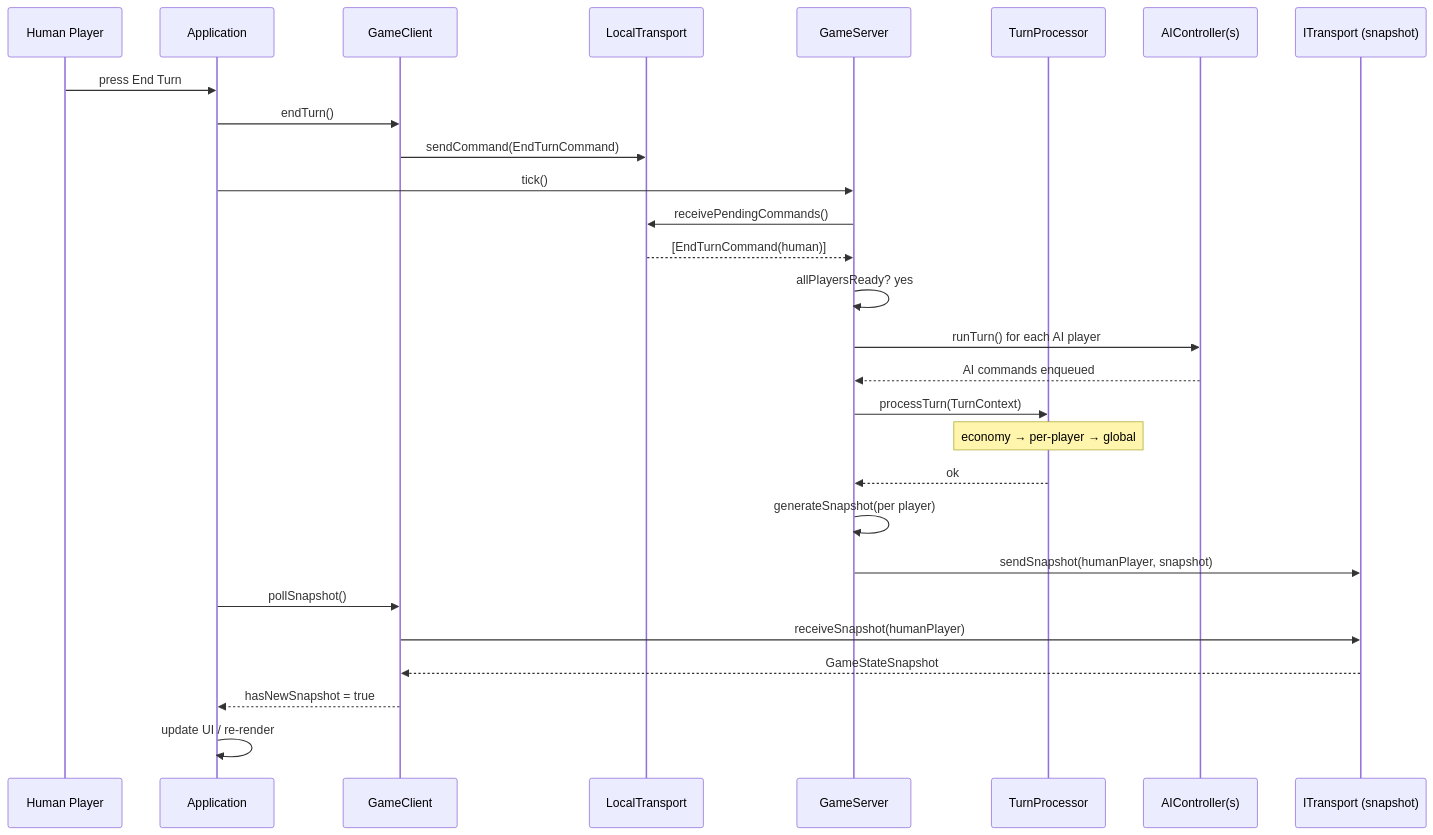
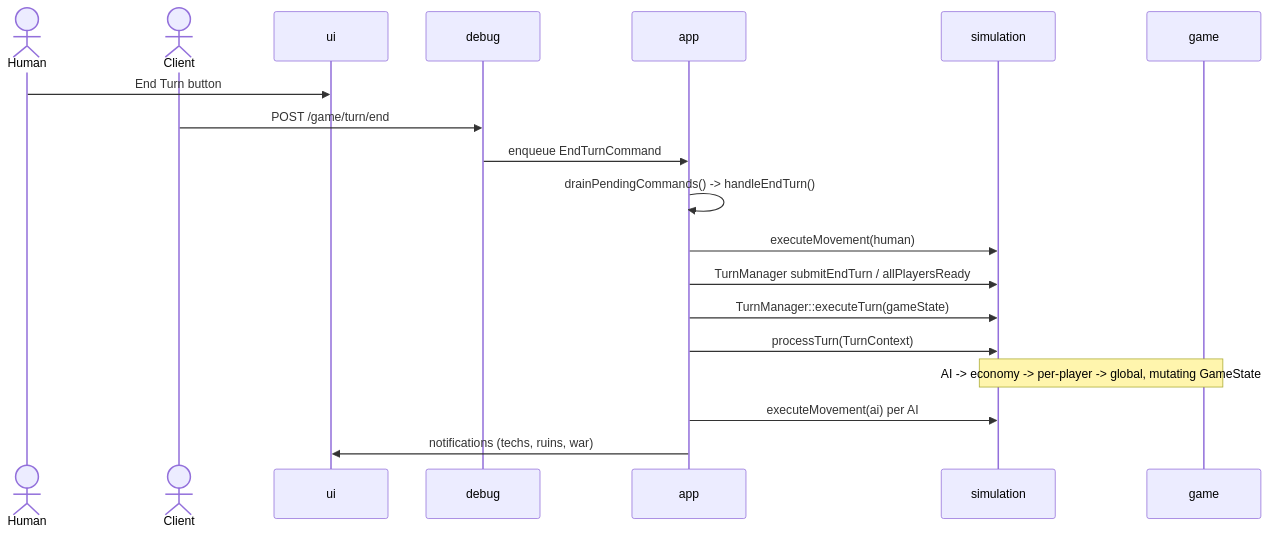
The second of 5 diagrams in docs/architecture/interactions.md (NiklasDietz/age_of_civ), drawn with Mermaid before and after one commit. The commit also changed other lines of this file and 20 other files, not shown here.

First line of the commit message:
docs: refresh the architecture tree to 90fb00e

````diff
--- a/docs/architecture/interactions.md
+++ b/docs/architecture/interactions.md
@@ -48,31 +70,22 @@
 ```mermaid
 sequenceDiagram
-  participant human as Human Player
-  participant app as Application
-  participant cli as GameClient
-  participant tr as LocalTransport
-  participant srv as GameServer
-  participant sim as TurnProcessor
-  participant ai as AIController(s)
-  participant net as ITransport (snapshot)
+  actor Human
+  actor Client
+  participant ui
+  participant debug
+  participant app
+  participant simulation
+  participant game
 
-  human->>app: press End Turn
-  app->>cli: endTurn()
-  cli->>tr: sendCommand(EndTurnCommand)
-  app->>srv: tick()
-  srv->>tr: receivePendingCommands()
-  tr-->>srv: [EndTurnCommand(human)]
-  srv->>srv: allPlayersReady? yes
-  srv->>ai: runTurn() for each AI player
-  ai-->>srv: AI commands enqueued
-  srv->>sim: processTurn(TurnContext)
-  Note over sim: economy → per-player → global
-  sim-->>srv: ok
-  srv->>srv: generateSnapshot(per player)
-  srv->>net: sendSnapshot(humanPlayer, snapshot)
-  app->>cli: pollSnapshot()
-  cli->>net: receiveSnapshot(humanPlayer)
-  net-->>cli: GameStateSnapshot
-  cli-->>app: hasNewSnapshot = true
-  app->>app: update UI / re-render
+  Human->>ui: End Turn button
+  Client->>debug: POST /game/turn/end
+  debug->>app: enqueue EndTurnCommand
+  app->>app: drainPendingCommands() -> handleEndTurn()
+  app->>simulation: executeMovement(human)
+  app->>simulation: TurnManager submitEndTurn / allPlayersReady
+  app->>simulation: TurnManager::executeTurn(gameState)
+  app->>simulation: processTurn(TurnContext)
+  Note over simulation,game: AI -> economy -> per-player -> global, mutating GameState
+  app->>simulation: executeMovement(ai) per AI
+  app->>ui: notifications (techs, ruins, war)
 ```
````
